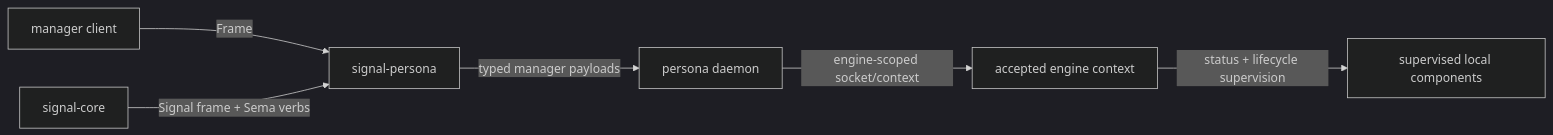
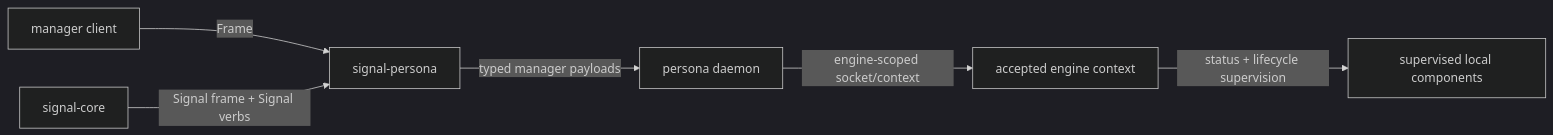
The diagram in ARCHITECTURE.md (LiGoldragon/signal-persona), drawn with Mermaid (dark theme) before and after one commit. The commit also changed other lines of this file and 2 other files, not shown here.

Commit message:
signal-persona: add engine catalog verbs

````diff
--- a/ARCHITECTURE.md
+++ b/ARCHITECTURE.md
@@ -14,15 +14,15 @@
 ```mermaid
 flowchart LR
     client["manager client"]
     contract["signal-persona"]
     core["signal-core"]
     daemon["persona daemon"]
     engine["accepted engine context"]
     components["supervised local components"]
 
     client -->|"Frame<EngineRequest, EngineReply>"| contract
-    core -->|"Signal frame + Sema verbs"| contract
+    core -->|"Signal frame + Signal verbs"| contract
     contract -->|"typed manager payloads"| daemon
     daemon -->|"engine-scoped socket/context"| engine
     engine -->|"status + lifecycle supervision"| components
 ```
````
